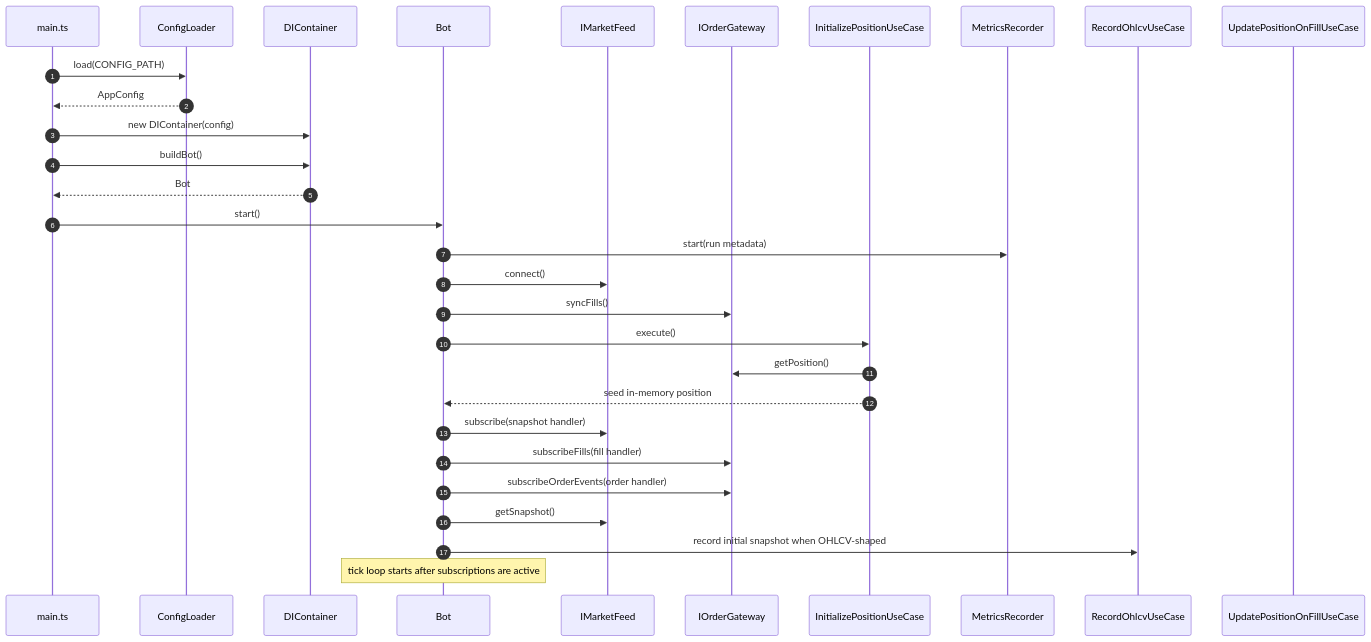
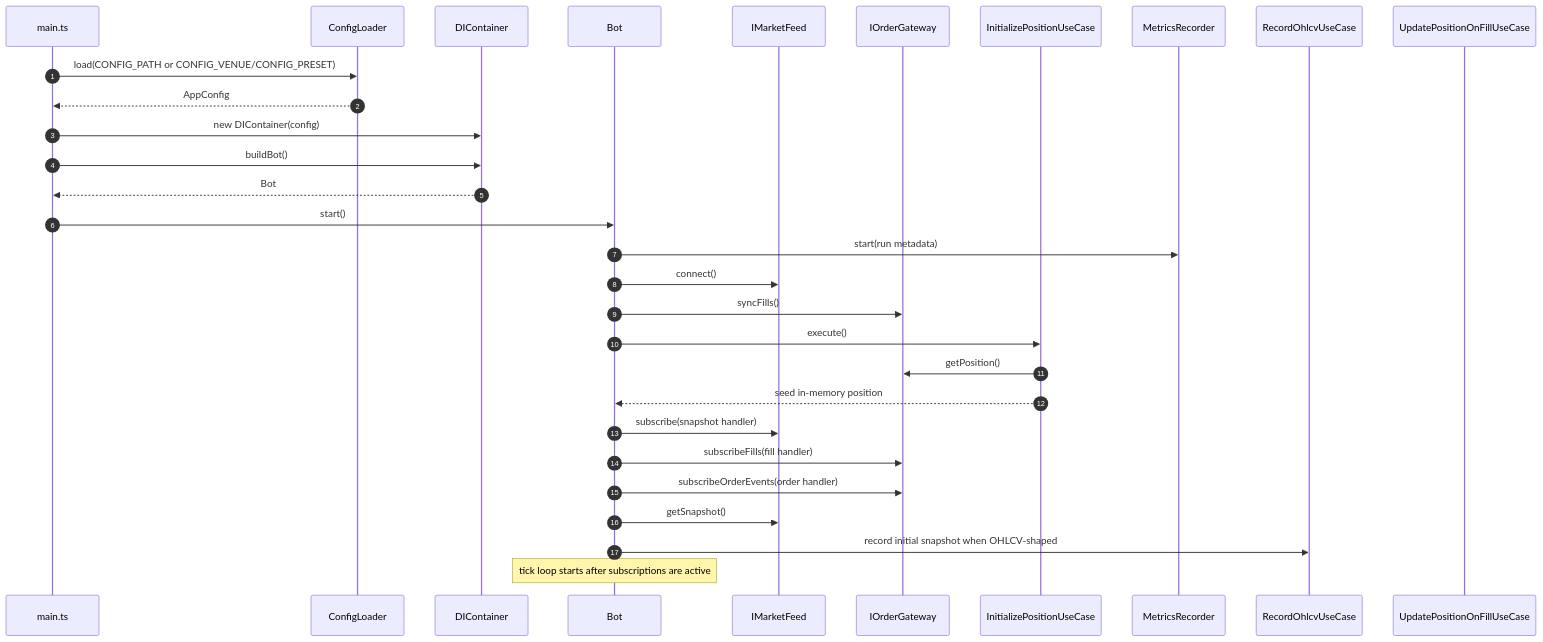
One commit to posaune0423/simple-mm-bot changed the third of 9 diagrams in docs/ARCHITECTURE.md. Above: the diagram before and after it, drawn with Mermaid. The commit also changed other lines of this file and 72 other files, not shown here.

Commit message:
refactor: clean quote architecture error boundaries

````diff
--- a/docs/ARCHITECTURE.md
+++ b/docs/ARCHITECTURE.md
@@ -265,35 +265,35 @@
 ```mermaid
 sequenceDiagram
     autonumber
     participant Main as main.ts
     participant Config as ConfigLoader
     participant DI as DIContainer
     participant Bot
     participant Feed as IMarketFeed
     participant GW as IOrderGateway
     participant Init as InitializePositionUseCase
     participant Metrics as MetricsRecorder
     participant Ohlcv as RecordOhlcvUseCase
     participant Pos as UpdatePositionOnFillUseCase
 
-    Main->>Config: load(CONFIG_PATH)
+    Main->>Config: load(CONFIG_PATH or CONFIG_VENUE/CONFIG_PRESET)
     Config-->>Main: AppConfig
     Main->>DI: new DIContainer(config)
     Main->>DI: buildBot()
     DI-->>Main: Bot
     Main->>Bot: start()
 
     Bot->>Metrics: start(run metadata)
     Bot->>Feed: connect()
     Bot->>GW: syncFills()
     Bot->>Init: execute()
     Init->>GW: getPosition()
     Init-->>Bot: seed in-memory position
 
     Bot->>Feed: subscribe(snapshot handler)
     Bot->>GW: subscribeFills(fill handler)
     Bot->>GW: subscribeOrderEvents(order handler)
     Bot->>Feed: getSnapshot()
     Bot->>Ohlcv: record initial snapshot when OHLCV-shaped
     Note over Bot: tick loop starts after subscriptions are active
 ```
````
